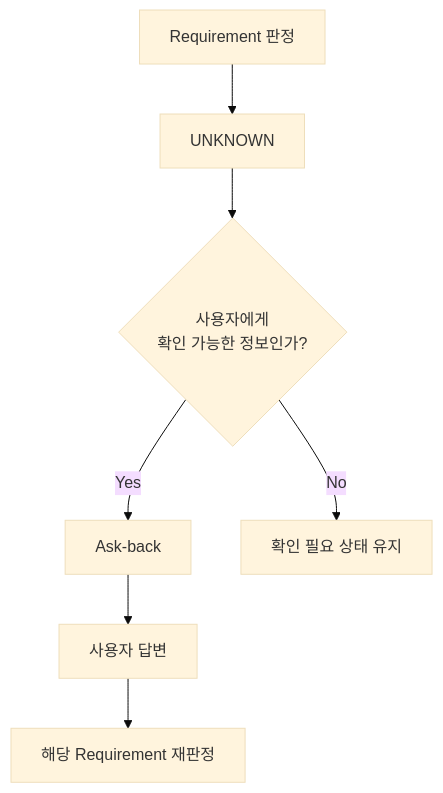
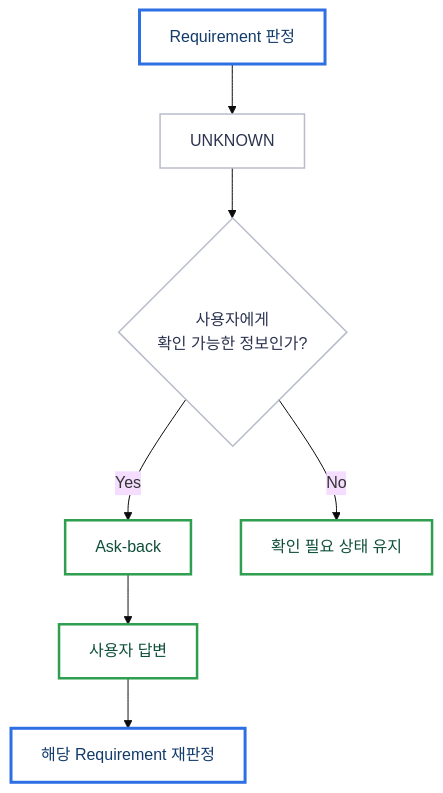
Before and after one commit to SKNETWORKS-FAMILY-AICAMP/SKN34-3rd-4Team: the third of 10 diagrams in README.md, drawn with Mermaid (base theme). The commit also changed other lines of this file and 2 other files, not shown here.

Commit message:
docs: 이용안내·회사 프로필 캡처 추가, Mermaid 색 팔레트 통일

````diff
--- a/README.md
+++ b/README.md
@@ -214,9 +237,20 @@
 ```mermaid
 flowchart TD
     A["Requirement 판정"] --> B["UNKNOWN"]
     B --> C{"사용자에게<br/>확인 가능한 정보인가?"}
     C -- "Yes" --> D["Ask-back"]
     C -- "No" --> E["확인 필요 상태 유지"]
     D --> F["사용자 답변"]
     F --> G["해당 Requirement 재판정"]
+
+    classDef core  fill:none,stroke:#2F6FE4,stroke-width:3px,color:#123A6B
+    classDef llm   fill:none,stroke:#DD7B2B,stroke-width:3px,color:#6B4A00
+    classDef safe  fill:none,stroke:#2E9E4F,stroke-width:2.5px,color:#0F4F39
+    classDef src   fill:none,stroke:#8792B5,stroke-width:2px,color:#2B3350
+    classDef plain fill:none,stroke:#B9BCCB,stroke-width:1.5px,color:#2B3350
+    classDef zone  fill:none,stroke:#C9CFDC,stroke-width:1px,color:#5C6270
+
+    class A,G core
+    class B,C plain
+    class D,E,F safe
 ```
````
